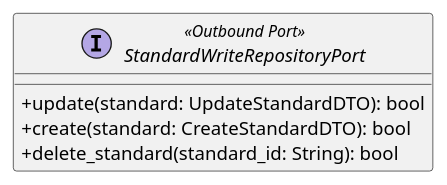
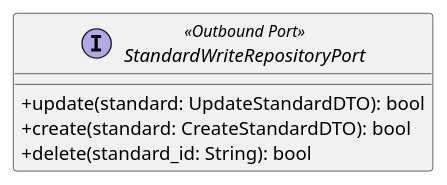
The diagram in src/PB/DocumentazioneEsterna/Specifica_Tecnica/content/uml/puml/Diagrammi_classi/ports/out/StandardWriteRepositoryPort.puml (GroupRubberDuck/Documentazione), drawn with PlantUML before and after one commit. The commit also changed 3 other files, not shown here.

Commit message:
feat: diagramma uml import device

```diff
--- a/src/PB/DocumentazioneEsterna/Specifica_Tecnica/content/uml/puml/Diagrammi_classi/ports/out/StandardWriteRepositoryPort.puml
+++ b/src/PB/DocumentazioneEsterna/Specifica_Tecnica/content/uml/puml/Diagrammi_classi/ports/out/StandardWriteRepositoryPort.puml
@@ -1,13 +1,13 @@
 @startuml standard-write-repository-port
 skinparam linetype ortho
 skinparam nodesep 100
 skinparam ranksep 120
 skinparam classAttributeIconSize 0
 
     interface StandardWriteRepositoryPort <<Outbound Port>> {
         + update(standard: UpdateStandardDTO): bool
         + create(standard: CreateStandardDTO): bool
-        + delete_standard(standard_id: String): bool
+        + delete(standard_id: String): bool
     }
 
     @enduml
```
